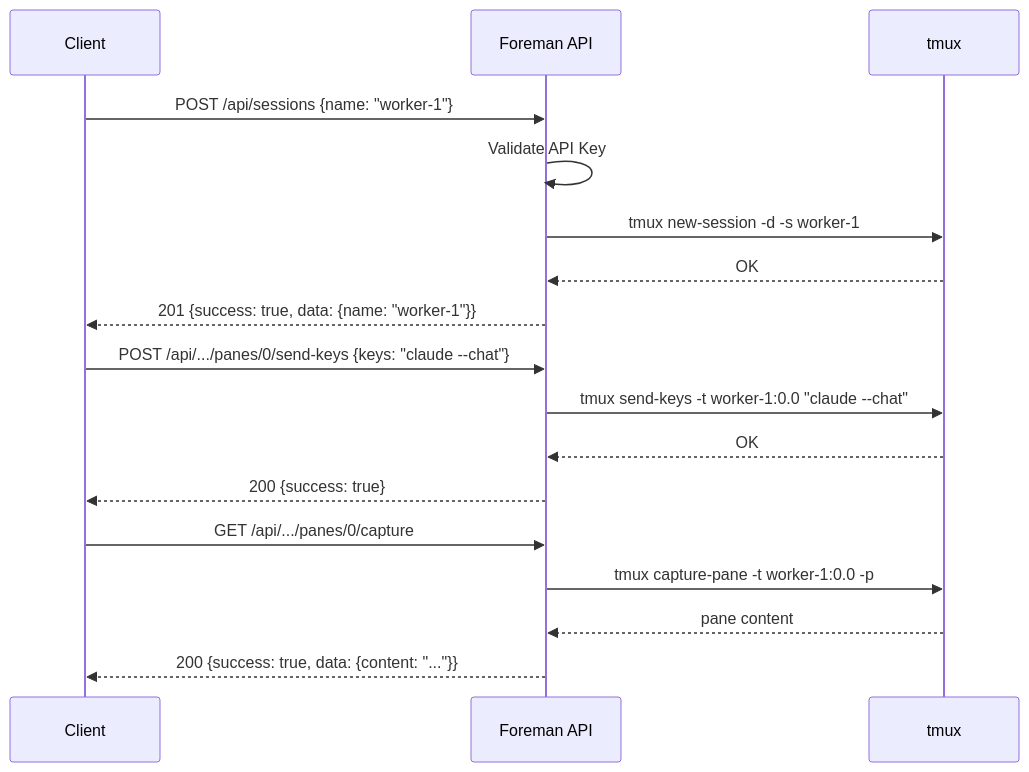
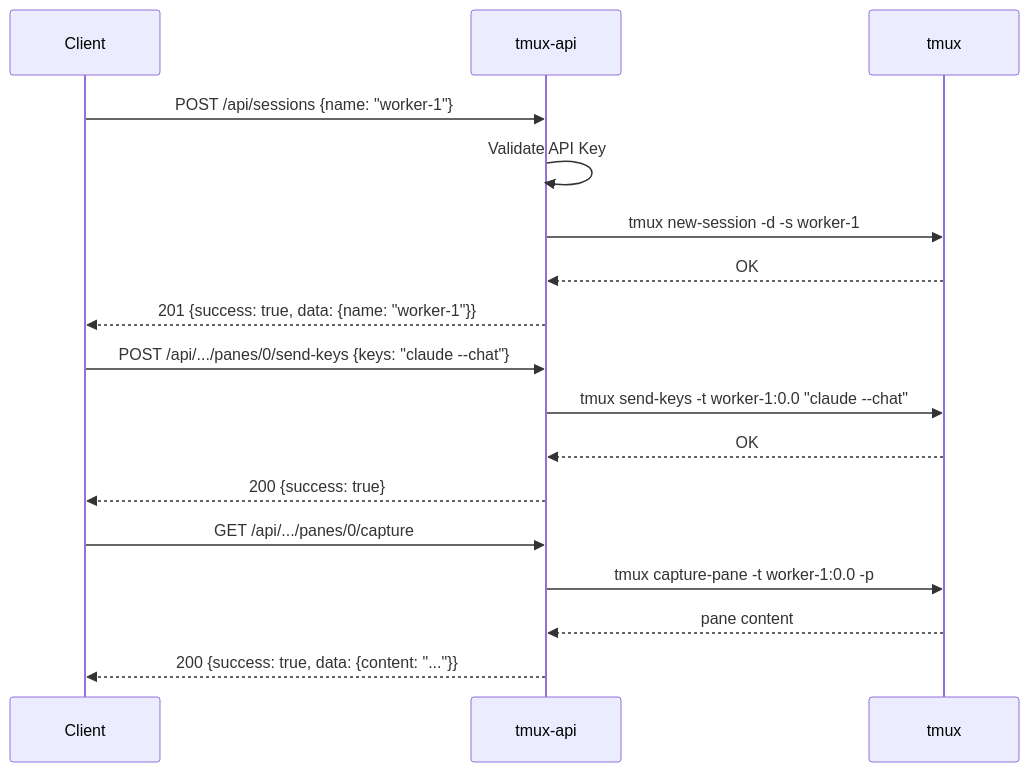
Before and after one commit to onchainyaotoshi/tmux-api: the second of 2 diagrams in README.md, drawn with Mermaid. The commit also changed other lines of this file and 3 other files, not shown here.

First line of the commit message:
docs: update all documentation for tmux-api identity

````diff
--- a/README.md
+++ b/README.md
@@ -39,22 +39,22 @@
 ```mermaid
 sequenceDiagram
     participant C as Client
-    participant F as Foreman API
+    participant F as tmux-api
     participant T as tmux
 
     C->>F: POST /api/sessions {name: "worker-1"}
     F->>F: Validate API Key
     F->>T: tmux new-session -d -s worker-1
     T-->>F: OK
     F-->>C: 201 {success: true, data: {name: "worker-1"}}
 
     C->>F: POST /api/.../panes/0/send-keys {keys: "claude --chat"}
     F->>T: tmux send-keys -t worker-1:0.0 "claude --chat"
     T-->>F: OK
     F-->>C: 200 {success: true}
 
     C->>F: GET /api/.../panes/0/capture
     F->>T: tmux capture-pane -t worker-1:0.0 -p
     T-->>F: pane content
     F-->>C: 200 {success: true, data: {content: "..."}}
 ```
````
